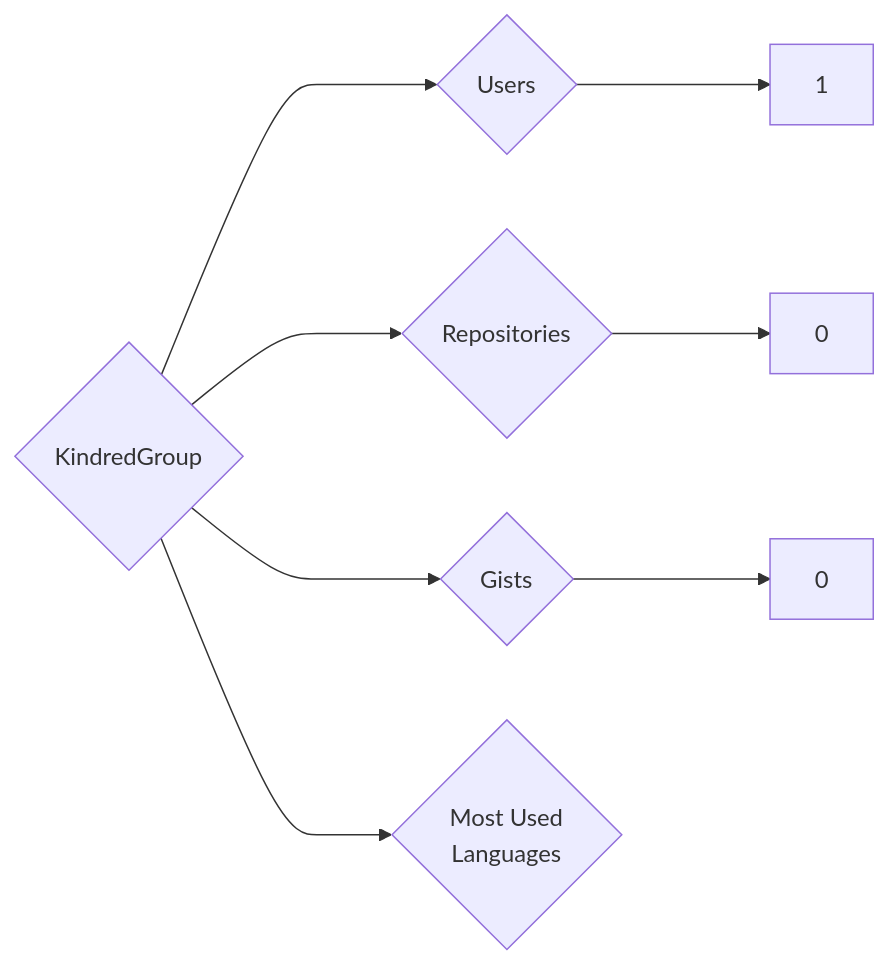
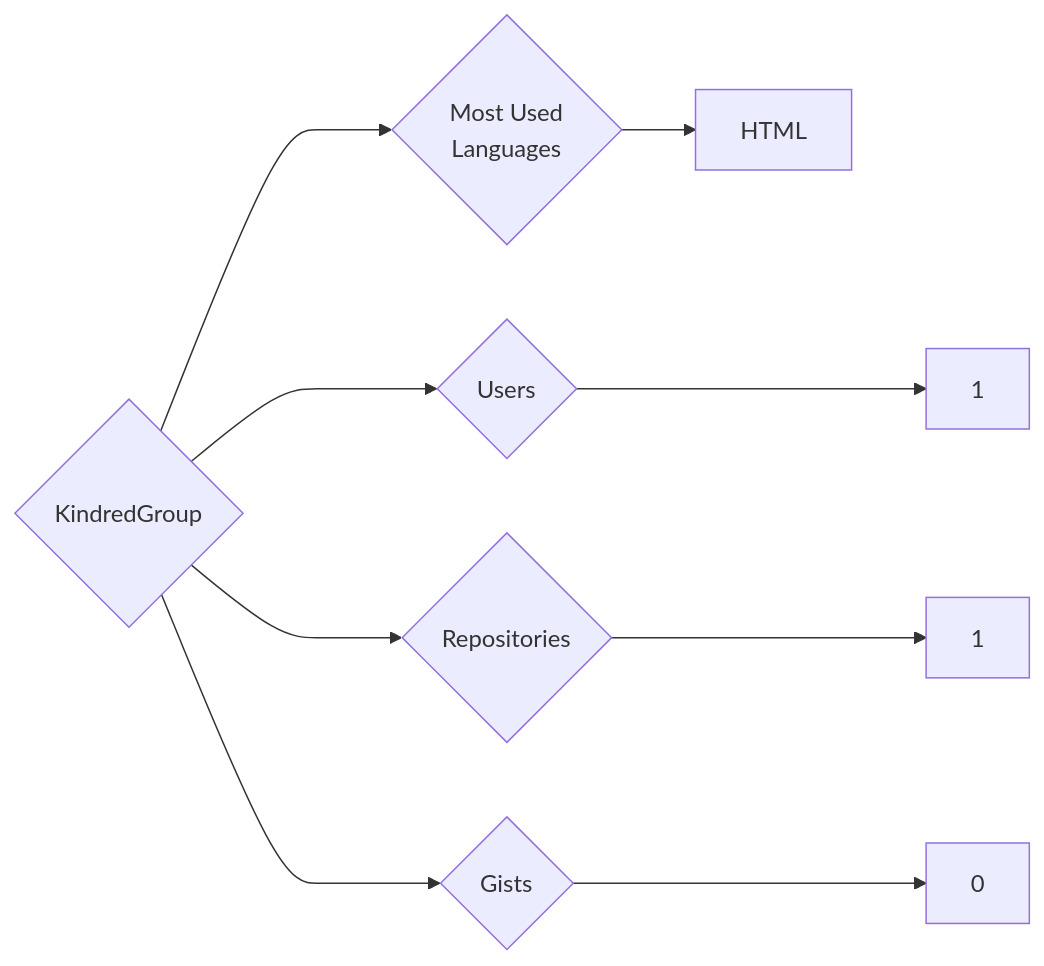
Before and after one commit to trickest/insiders: the diagram in targets/KindredGroup/README.md, drawn with Mermaid. The commit also changed 837 other files, not shown here.

````diff
--- a/targets/KindredGroup/README.md
+++ b/targets/KindredGroup/README.md
@@ -3,8 +3,9 @@
 ```mermaid
 graph LR
 COMPANY_NAME{KindredGroup}
 COMPANY_NAME ---> U{Users} ---> UN[1]
-COMPANY_NAME ---> R{Repositories} ---> RN[0]
+COMPANY_NAME ---> R{Repositories} ---> RN[1]
 COMPANY_NAME ---> G{Gists} ---> GN[0]
 COMPANY_NAME ---> ML{Most Used<br>Languages}
+ML --> HTML[HTML]
 ```
````
